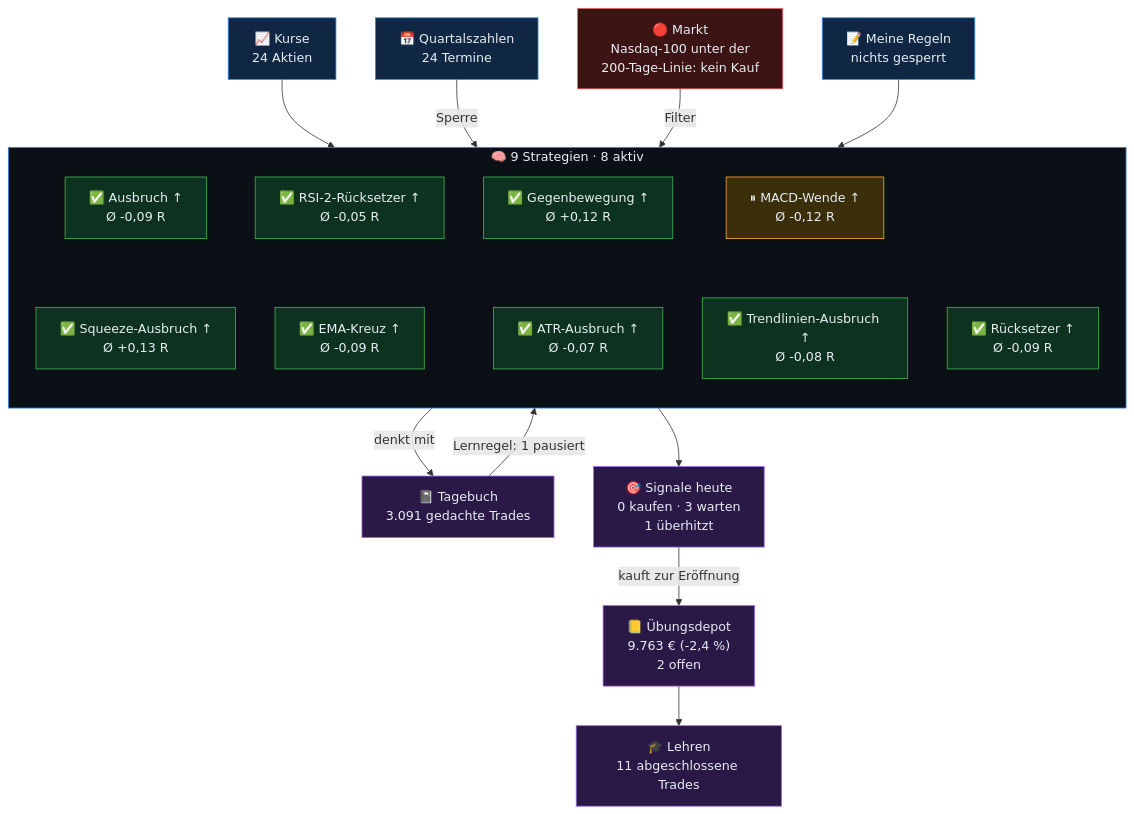
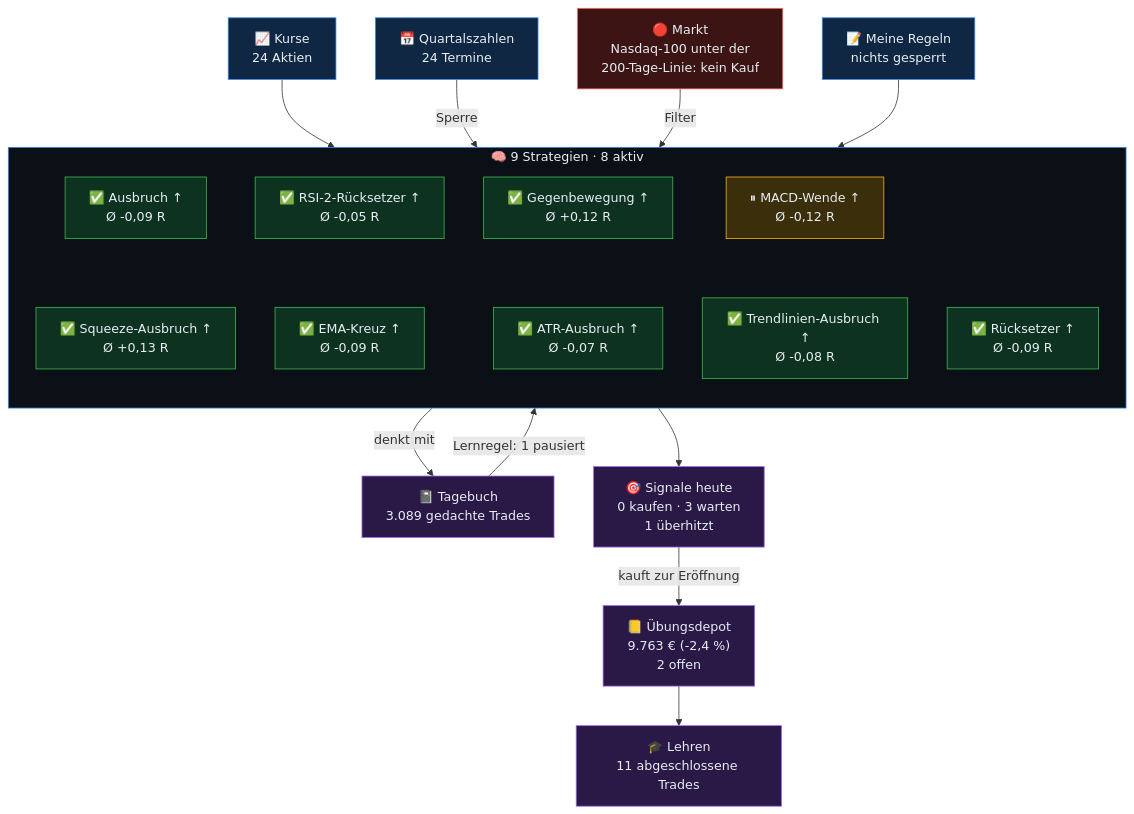
One commit to sickingmalte-arch/Test-Bot changed the diagram in gehirn/Start.md. Above: the diagram before and after it, drawn with Mermaid. The commit also changed other lines of this file and 33 other files, not shown here.

````diff
--- a/gehirn/Start.md
+++ b/gehirn/Start.md
@@ -9,48 +9,48 @@
 ```mermaid
 flowchart TB
   kurse["📈 Kurse<br/>24 Aktien"]
   termine["📅 Quartalszahlen<br/>24 Termine"]
   markt["🔴 Markt<br/>Nasdaq-100 unter der<br/>200-Tage-Linie: kein Kauf"]
   regeln["📝 Meine Regeln<br/>nichts gesperrt"]
   subgraph KERN["🧠 9 Strategien · 8 aktiv"]
     direction TB
     s0["✅ Ausbruch ↑<br/>Ø -0,09 R"]
     s1["✅ RSI-2-Rücksetzer ↑<br/>Ø -0,05 R"]
     s2["✅ Gegenbewegung ↑<br/>Ø +0,12 R"]
     s3["⏸ MACD-Wende ↑<br/>Ø -0,12 R"]
     s4["✅ Rücksetzer ↑<br/>Ø -0,09 R"]
     s5["✅ Squeeze-Ausbruch ↑<br/>Ø +0,13 R"]
     s6["✅ EMA-Kreuz ↑<br/>Ø -0,09 R"]
     s7["✅ ATR-Ausbruch ↑<br/>Ø -0,07 R"]
     s8["✅ Trendlinien-Ausbruch ↑<br/>Ø -0,08 R"]
     s0 ~~~ s5
     s1 ~~~ s6
     s2 ~~~ s7
     s3 ~~~ s8
   end
-  tb["📓 Tagebuch<br/>3.091 gedachte Trades"]
+  tb["📓 Tagebuch<br/>3.089 gedachte Trades"]
   sig["🎯 Signale heute<br/>0 kaufen · 3 warten<br/>1 überhitzt"]
   depot["📒 Übungsdepot<br/>9.763 € (-2,4 %)<br/>2 offen"]
   lehren["🎓 Lehren<br/>11 abgeschlossene Trades"]
   kurse --> KERN
   termine -->|Sperre| KERN
   markt -->|Filter| KERN
   regeln --> KERN
   KERN -->|denkt mit| tb
   tb -->|Lernregel: 1 pausiert| KERN
   KERN --> sig
   sig -->|kauft zur Eröffnung| depot
   depot --> lehren
   classDef ein fill:#0f2742,stroke:#3987e5,color:#e6edf3
   classDef rot fill:#3d1414,stroke:#f47067,color:#e6edf3
   classDef aktiv fill:#0d3320,stroke:#3fb950,color:#e6edf3
   classDef pausiert fill:#3b2e0a,stroke:#fab219,color:#e6edf3
   classDef aus fill:#22272e,stroke:#6e7681,color:#9ba7b4
   classDef aus2 fill:#2a1846,stroke:#a371f7,color:#e6edf3
   class kurse,termine,regeln ein
   class markt rot
   class tb,sig,depot,lehren aus2
   class s0,s1,s2,s4,s5,s6,s7,s8 aktiv
   class s3 pausiert
   style KERN fill:#0b1016,stroke:#3987e5,color:#e6edf3
 ```
````
